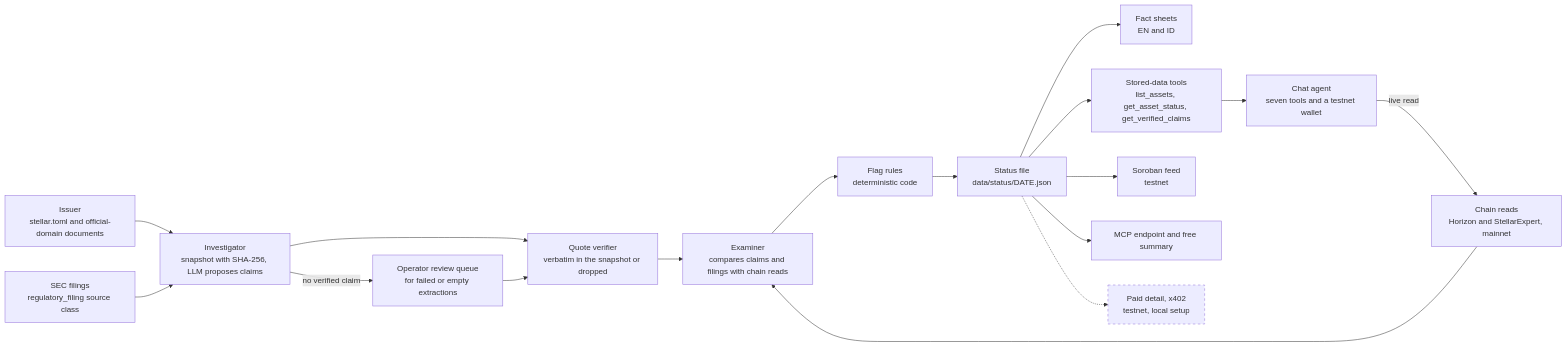
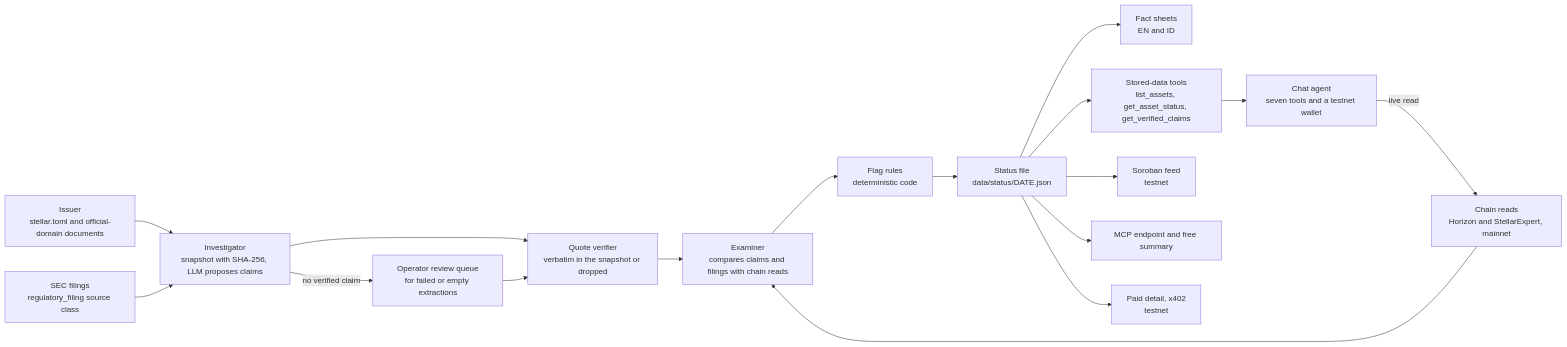
The diagram in README.md (dzakwannajmi/recon), drawn with Mermaid before and after one commit. The commit also changed other lines of this file, not shown here.

Commit message:
Docs: paid detail (x402, testnet) is on for the live app (#80)

````diff
--- a/README.md
+++ b/README.md
@@ -105,36 +105,35 @@
 ```mermaid
 flowchart LR
   issuer["Issuer<br/>stellar.toml and official-domain documents"]
   sec["SEC filings<br/>regulatory_filing source class"]
   inv["Investigator<br/>snapshot with SHA-256, LLM proposes claims"]
   ver["Quote verifier<br/>verbatim in the snapshot or dropped"]
   rq["Operator review queue<br/>for failed or empty extractions"]
   chain["Chain reads<br/>Horizon and StellarExpert, mainnet"]
   exm["Examiner<br/>compares claims and filings with chain reads"]
   flags["Flag rules<br/>deterministic code"]
   status["Status file<br/>data/status/DATE.json"]
   fs["Fact sheets<br/>EN and ID"]
   chat["Chat agent<br/>seven tools and a testnet wallet"]
   stored["Stored-data tools<br/>list_assets, get_asset_status, get_verified_claims"]
   feed["Soroban feed<br/>testnet"]
   mcp["MCP endpoint and free summary"]
-  x402["Paid detail, x402<br/>testnet, local setup"]:::future
+  x402["Paid detail, x402<br/>testnet"]
 
   issuer --> inv
   sec --> inv
   inv --> ver
   inv -->|"no verified claim"| rq
   rq --> ver
   ver --> exm
   chain --> exm
   exm --> flags
   flags --> status
   status --> fs
   chat -->|"live read"| chain
   status --> stored
   stored --> chat
   status --> feed
   status --> mcp
-  status -.-> x402
-  classDef future stroke-dasharray: 5 5
+  status --> x402
 ```
````
